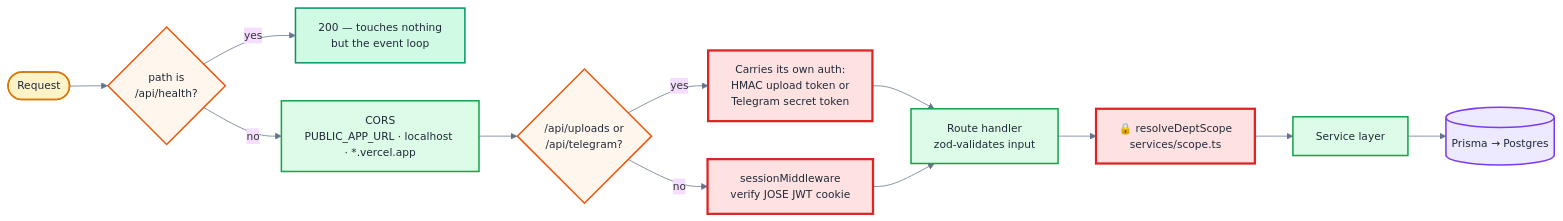
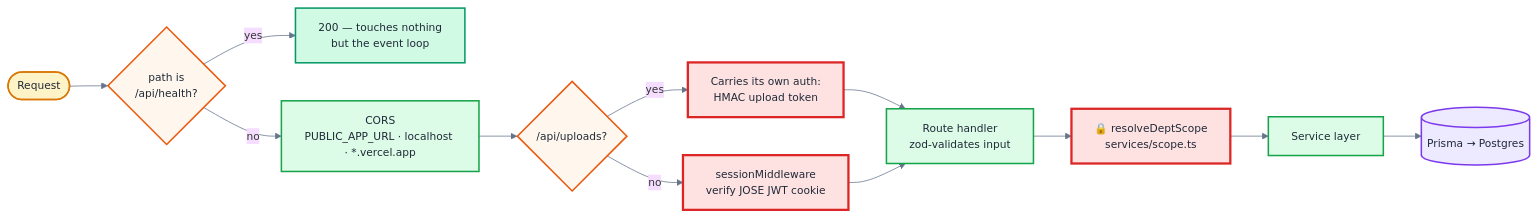
Before and after one commit to khushboocodes/Nivaran: the second of 7 diagrams in README.md, drawn with Mermaid. The commit also changed other lines of this file, not shown here.

````diff
--- a/README.md
+++ b/README.md
@@ -416,29 +409,29 @@
 ```mermaid
 %%{init: {'theme':'base','themeVariables':{'fontSize':'14px','lineColor':'#64748b'}}}%%
 graph LR
     REQ(["Request"]) --> H{"path is<br/>/api/health?"}
     H -->|yes| HOK["200 — touches nothing<br/>but the event loop"]
     H -->|no| CORS["CORS<br/>PUBLIC_APP_URL · localhost · *.vercel.app"]
-    CORS --> PRE{"/api/uploads or<br/>/api/telegram?"}
-    PRE -->|yes| OWN["Carries its own auth:<br/>HMAC upload token or<br/>Telegram secret token"]
+    CORS --> PRE{"/api/uploads?"}
+    PRE -->|yes| OWN["Carries its own auth:<br/>HMAC upload token"]
     PRE -->|no| SESS["sessionMiddleware<br/>verify JOSE JWT cookie"]
     OWN --> ROUTE["Route handler<br/>zod-validates input"]
     SESS --> ROUTE
     ROUTE --> SCOPE["🔒 resolveDeptScope<br/>services/scope.ts"]
     SCOPE --> SVC["Service layer"]
     SVC --> DB[("Prisma → Postgres")]
 
     classDef entry fill:#fef3c7,stroke:#d97706,stroke-width:2px,color:#1f2937
     classDef gate fill:#fff7ed,stroke:#ea580c,stroke-width:2px,color:#1f2937
     classDef security fill:#fee2e2,stroke:#dc2626,stroke-width:3px,color:#1f2937
     classDef api fill:#dcfce7,stroke:#16a34a,stroke-width:2px,color:#1f2937
     classDef store fill:#ede9fe,stroke:#7c3aed,stroke-width:2px,color:#1f2937
     classDef ok fill:#d1fae5,stroke:#059669,stroke-width:2px,color:#1f2937
 
     class REQ entry
     class H,PRE gate
     class OWN,SESS,SCOPE security
     class CORS,ROUTE,SVC api
     class DB store
     class HOK ok
 ```
````
